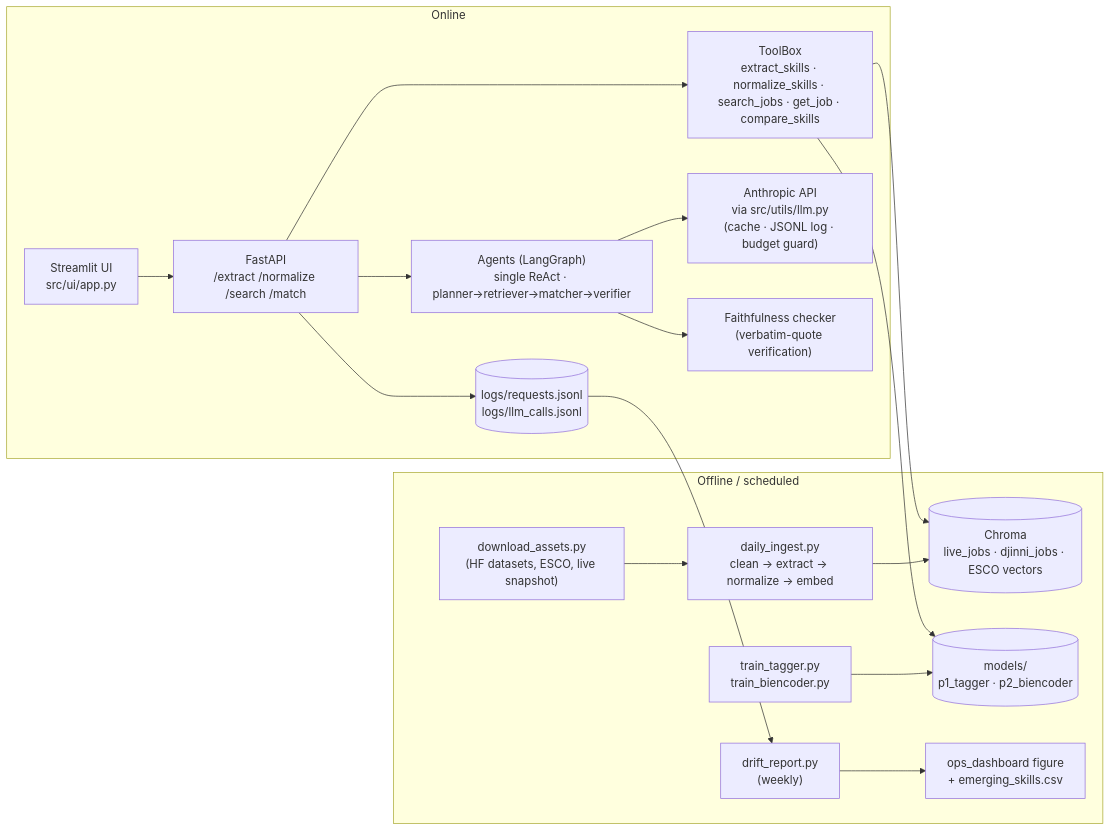
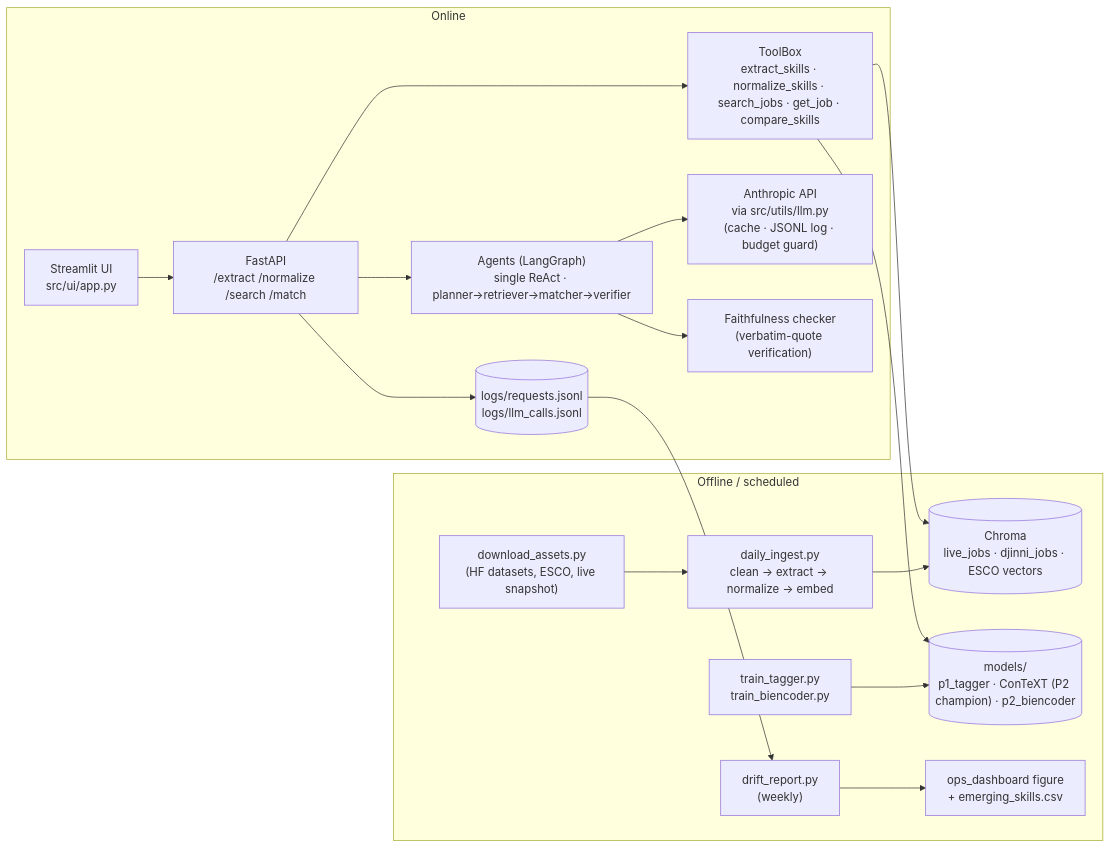
The diagram in docs/architecture.md (MohanLi/skill-match-copilot), drawn with Mermaid before and after one commit. The commit also changed other lines of this file and 2 other files, not shown here.

First line of the commit message:
README/architecture: ConTeXT champion, text embedder; report label scale

````diff
--- a/docs/architecture.md
+++ b/docs/architecture.md
@@ -5,20 +5,20 @@
 ```mermaid
 flowchart LR
     subgraph Offline["Offline / scheduled"]
         DL["download_assets.py<br/>(HF datasets, ESCO, live snapshot)"] --> ING["daily_ingest.py<br/>clean → extract → normalize → embed"]
         ING --> CH[("Chroma<br/>live_jobs · djinni_jobs · ESCO vectors")]
-        TR["train_tagger.py<br/>train_biencoder.py"] --> M[("models/<br/>p1_tagger · p2_biencoder")]
+        TR["train_tagger.py<br/>train_biencoder.py"] --> M[("models/<br/>p1_tagger · ConTeXT (P2 champion) · p2_biencoder")]
         DR["drift_report.py<br/>(weekly)"] --> DASH["ops_dashboard figure<br/>+ emerging_skills.csv"]
     end
     subgraph Online["Online"]
         UI["Streamlit UI<br/>src/ui/app.py"] --> API["FastAPI<br/>/extract /normalize /search /match"]
         API --> TB["ToolBox<br/>extract_skills · normalize_skills · search_jobs · get_job · compare_skills"]
         TB --> M
         TB --> CH
         API --> AG["Agents (LangGraph)<br/>single ReAct · planner→retriever→matcher→verifier"]
         AG --> LLM["Anthropic API<br/>via src/utils/llm.py<br/>(cache · JSONL log · budget guard)"]
         AG --> FC["Faithfulness checker<br/>(verbatim-quote verification)"]
         API --> LOG[("logs/requests.jsonl<br/>logs/llm_calls.jsonl")]
     end
     LOG --> DR
 ```
````
